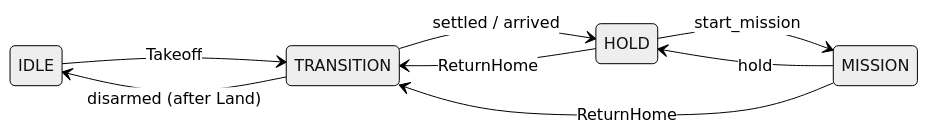
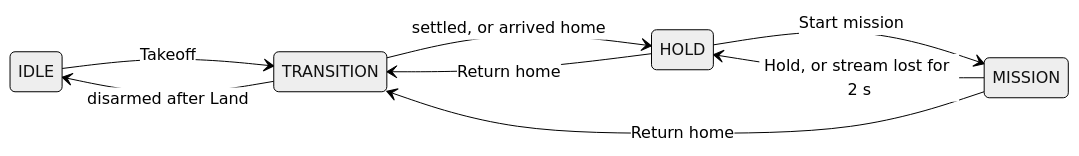
One commit to skymule-ai/mullet-wiki changed the diagram in docs/on-field/fsm.md. Above: the diagram before and after it, drawn with Mermaid (neutral theme). The commit also changed other lines of this file and 45 other files, not shown here.

````diff
--- a/docs/on-field/fsm.md
+++ b/docs/on-field/fsm.md
@@ -5,11 +5,11 @@
 ```mermaid
 stateDiagram-v2
     direction LR
     IDLE --> TRANSITION: Takeoff
-    TRANSITION --> HOLD: settled / arrived
-    HOLD --> MISSION: start_mission
-    MISSION --> HOLD: hold
-    HOLD --> TRANSITION: ReturnHome
-    MISSION --> TRANSITION: ReturnHome
-    TRANSITION --> IDLE: disarmed (after Land)
+    TRANSITION --> HOLD: settled, or arrived home
+    HOLD --> MISSION: Start mission
+    MISSION --> HOLD: Hold, or stream lost for 2 s
+    HOLD --> TRANSITION: Return home
+    MISSION --> TRANSITION: Return home
+    TRANSITION --> IDLE: disarmed after Land
 ```
````
